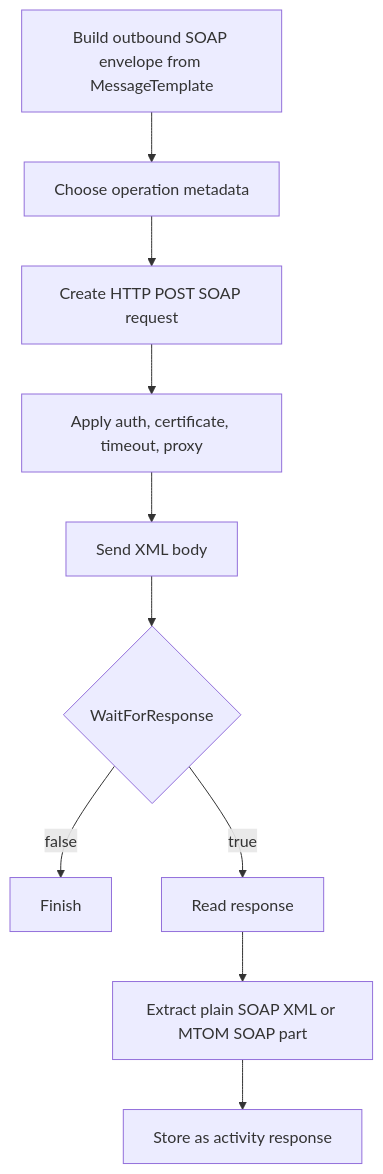
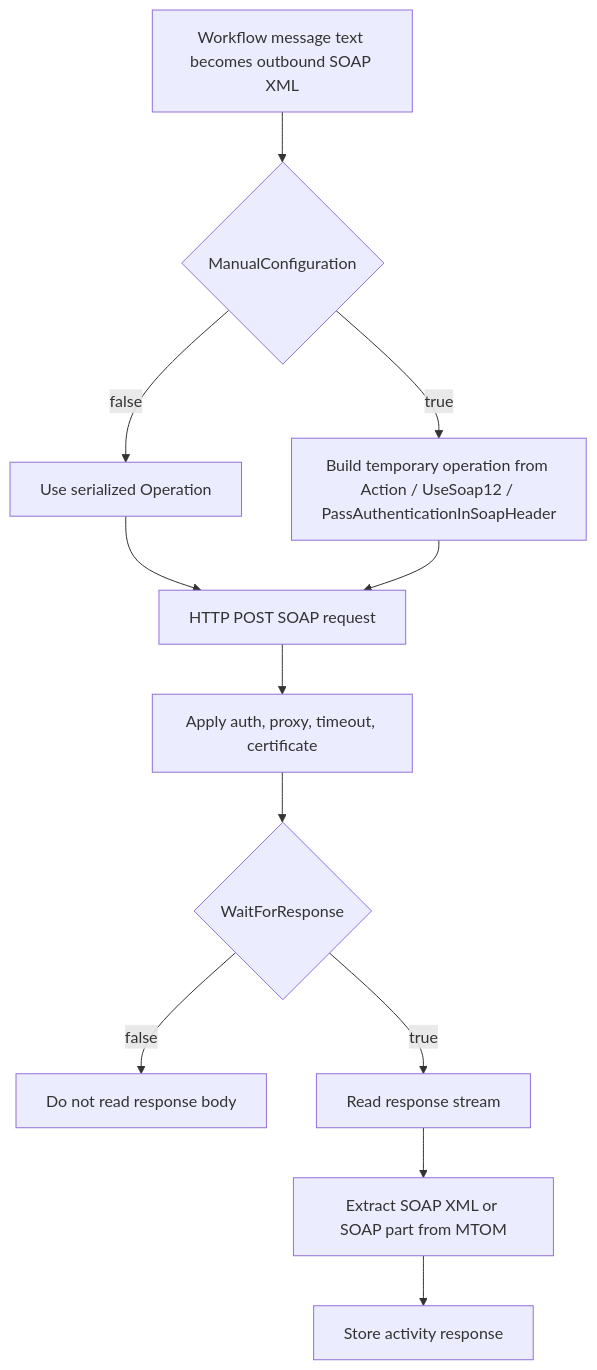
Before and after one commit to IntegrationSoup/Documentation: the diagram in docs/workflow/sender-activities/web-service-sender.md, drawn with Mermaid. The commit also changed other lines of this file and 10 other files, not shown here.

````diff
--- a/docs/workflow/sender-activities/web-service-sender.md
+++ b/docs/workflow/sender-activities/web-service-sender.md
@@ -11,12 +34,14 @@
 ```mermaid
 flowchart TD
-    A[Build outbound SOAP envelope from MessageTemplate] --> B[Choose operation metadata]
-    B --> C[Create HTTP POST SOAP request]
-    C --> D[Apply auth, certificate, timeout, proxy]
-    D --> E[Send XML body]
-    E --> F{WaitForResponse}
-    F -- false --> G[Finish]
-    F -- true --> H[Read response]
-    H --> I[Extract plain SOAP XML or MTOM SOAP part]
-    I --> J[Store as activity response]
+    A[Workflow message text becomes outbound SOAP XML] --> B{ManualConfiguration}
+    B -- false --> C[Use serialized Operation]
+    B -- true --> D[Build temporary operation from Action / UseSoap12 / PassAuthenticationInSoapHeader]
+    C --> E[HTTP POST SOAP request]
+    D --> E
+    E --> F[Apply auth, proxy, timeout, certificate]
+    F --> G{WaitForResponse}
+    G -- false --> H[Do not read response body]
+    G -- true --> I[Read response stream]
+    I --> J[Extract SOAP XML or SOAP part from MTOM]
+    J --> K[Store activity response]
 ```
````
